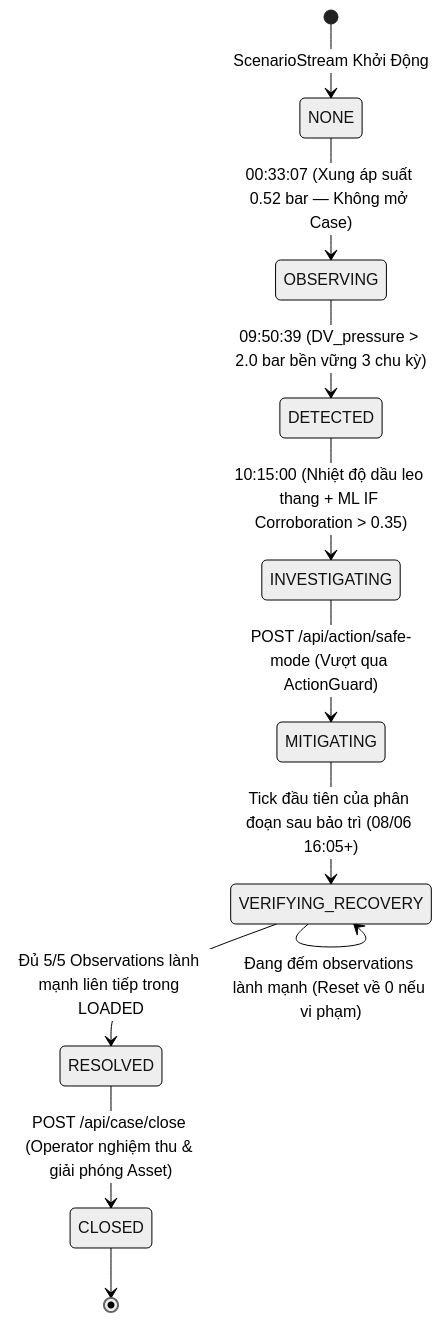
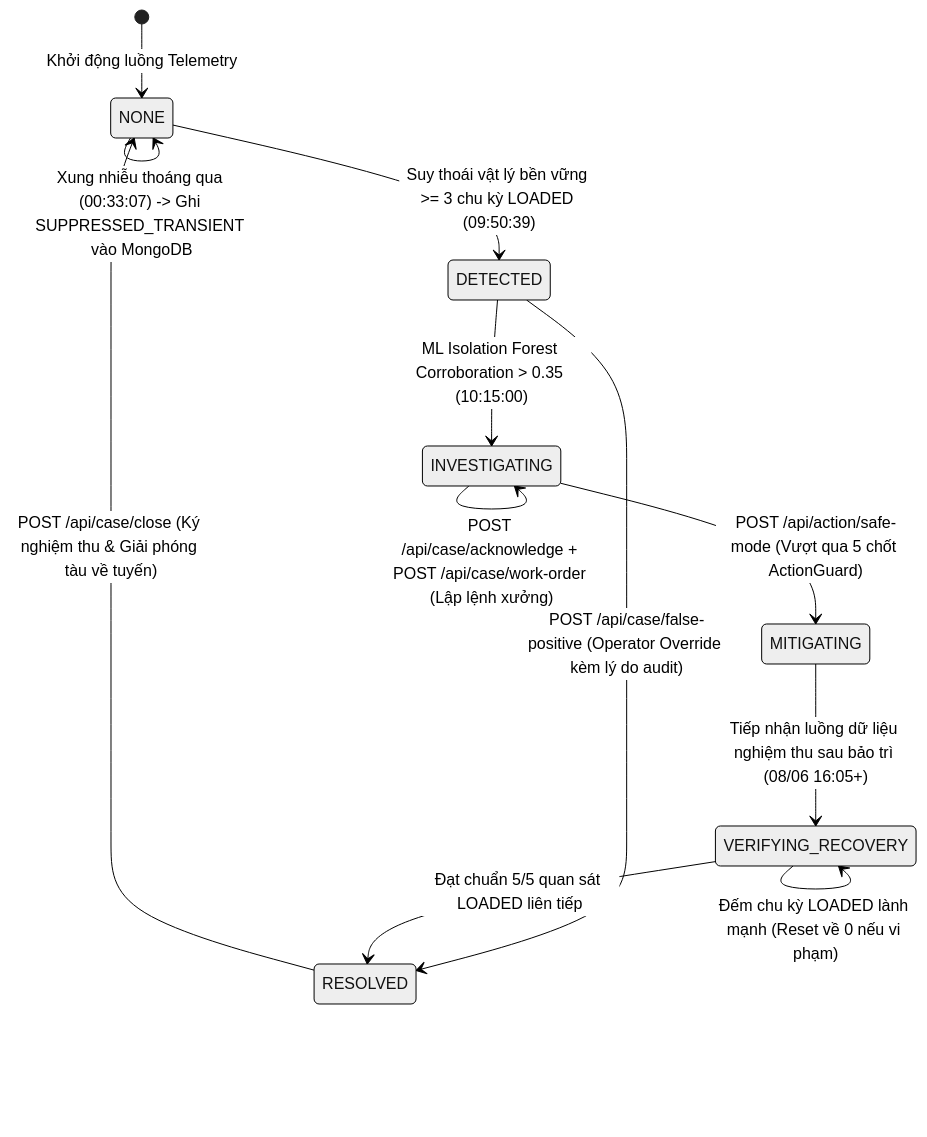
One commit to gnuhhung317/rails-ops changed the second of 2 diagrams in master_context.md. Above: the diagram before and after it, drawn with Mermaid (neutral theme). The commit also changed other lines of this file and 36 other files, not shown here.

````diff
--- a/master_context.md
+++ b/master_context.md
@@ -512,13 +192,14 @@
 ```mermaid
 stateDiagram-v2
-    [*] --> NONE: ScenarioStream Khởi Động
-    NONE --> OBSERVING: 00:33:07 (Xung áp suất 0.52 bar — Không mở Case)
-    OBSERVING --> DETECTED: 09:50:39 (DV_pressure > 2.0 bar bền vững 3 chu kỳ)
-    DETECTED --> INVESTIGATING: 10:15:00 (Nhiệt độ dầu leo thang + ML IF Corroboration > 0.35)
-    INVESTIGATING --> MITIGATING: POST /api/action/safe-mode (Vượt qua ActionGuard)
-    MITIGATING --> VERIFYING_RECOVERY: Tick đầu tiên của phân đoạn sau bảo trì (08/06 16:05+)
-    VERIFYING_RECOVERY --> VERIFYING_RECOVERY: Đang đếm observations lành mạnh (Reset về 0 nếu vi phạm)
-    VERIFYING_RECOVERY --> RESOLVED: Đủ 5/5 Observations lành mạnh liên tiếp trong LOADED
-    RESOLVED --> CLOSED: POST /api/case/close (Operator nghiệm thu & giải phóng Asset)
-    CLOSED --> [*]
+    [*] --> NONE: Khởi động luồng Telemetry
+    NONE --> NONE: Xung nhiễu thoáng qua (00:33:07) -> Ghi SUPPRESSED_TRANSIENT vào MongoDB
+    NONE --> DETECTED: Suy thoái vật lý bền vững >= 3 chu kỳ LOADED (09:50:39)
+    DETECTED --> RESOLVED: POST /api/case/false-positive (Operator Override kèm lý do audit)
+    DETECTED --> INVESTIGATING: ML Isolation Forest Corroboration > 0.35 (10:15:00)
+    INVESTIGATING --> INVESTIGATING: POST /api/case/acknowledge + POST /api/case/work-order (Lập lệnh xưởng)
+    INVESTIGATING --> MITIGATING: POST /api/action/safe-mode (Vượt qua 5 chốt ActionGuard)
+    MITIGATING --> VERIFYING_RECOVERY: Tiếp nhận luồng dữ liệu nghiệm thu sau bảo trì (08/06 16:05+)
+    VERIFYING_RECOVERY --> VERIFYING_RECOVERY: Đếm chu kỳ LOADED lành mạnh (Reset về 0 nếu vi phạm)
+    VERIFYING_RECOVERY --> RESOLVED: Đạt chuẩn 5/5 quan sát LOADED liên tiếp
+    RESOLVED --> NONE: POST /api/case/close (Ký nghiệm thu & Giải phóng tàu về tuyến)
 ```
````
